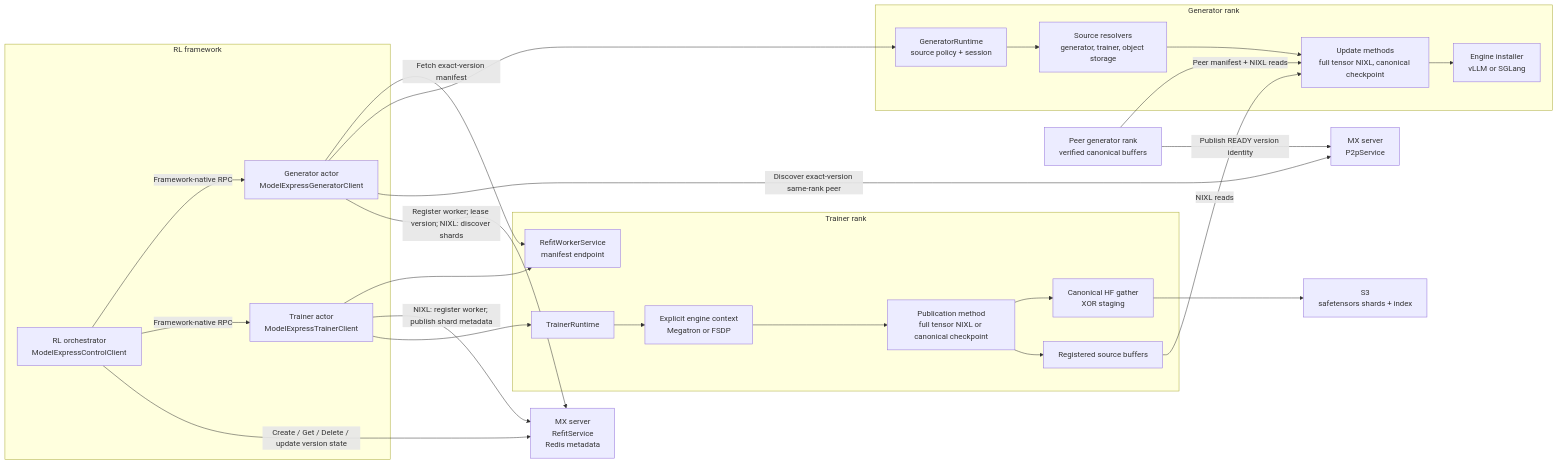
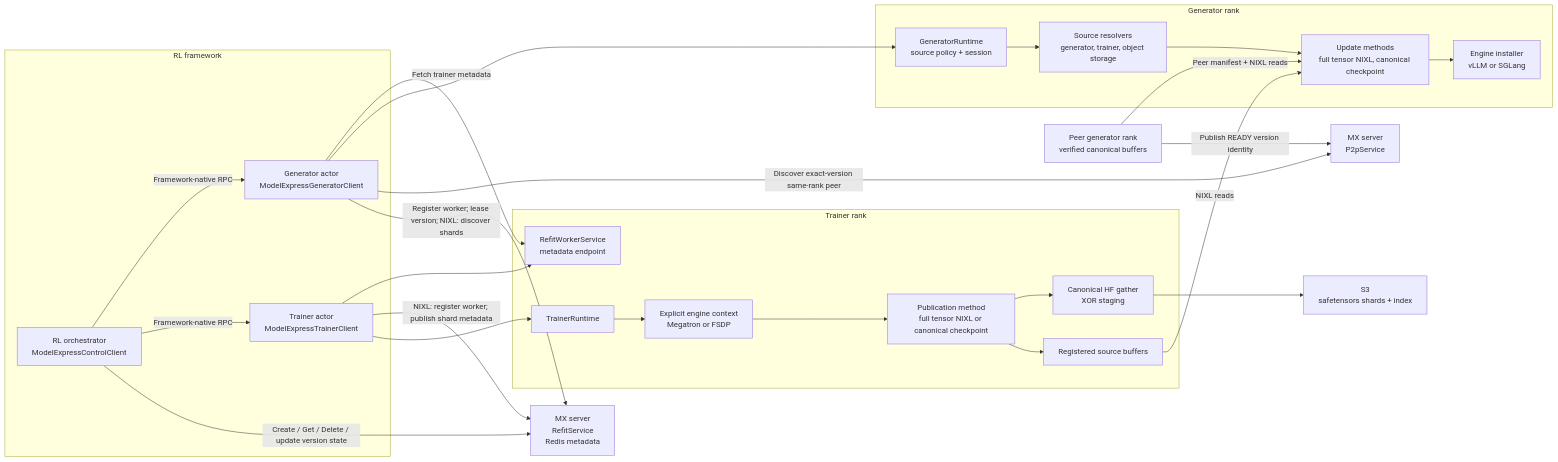
One commit to ai-dynamo/modelexpress changed the second of 5 diagrams in docs/ARCHITECTURE.md. Above: the diagram before and after it, drawn with Mermaid. The commit also changed other lines of this file and 46 other files, not shown here.

Commit message:
perf(refit): reuse logical plans across trainer replicas

````diff
--- a/docs/ARCHITECTURE.md
+++ b/docs/ARCHITECTURE.md
@@ -514,47 +514,47 @@
 ```mermaid
 flowchart LR
     subgraph Framework["RL framework"]
         O["RL orchestrator<br/>ModelExpressControlClient"]
         T["Trainer actor<br/>ModelExpressTrainerClient"]
         G["Generator actor<br/>ModelExpressGeneratorClient"]
     end
 
     S["MX server<br/>RefitService<br/>Redis metadata"]
     P["MX server<br/>P2pService"]
 
     subgraph Trainer["Trainer rank"]
         TR["TrainerRuntime"]
         TA["Explicit engine context<br/>Megatron or FSDP"]
         PM["Publication method<br/>full tensor NIXL or canonical checkpoint"]
         B["Registered source buffers"]
-        M["RefitWorkerService<br/>manifest endpoint"]
+        M["RefitWorkerService<br/>metadata endpoint"]
         C["Canonical HF gather<br/>XOR staging"]
     end
 
     D["S3<br/>safetensors shards + index"]
 
     subgraph Generator["Generator rank"]
         GR["GeneratorRuntime<br/>source policy + session"]
         SR["Source resolvers<br/>generator, trainer, object storage"]
         UM["Update methods<br/>full tensor NIXL, canonical checkpoint"]
         I["Engine installer<br/>vLLM or SGLang"]
     end
 
     PG["Peer generator rank<br/>verified canonical buffers"]
 
     O -->|"Create / Get / Delete / update version state"| S
     O -->|"Framework-native RPC"| T
     O -->|"Framework-native RPC"| G
     T --> TR --> TA --> PM
     PM --> B
     PM --> C --> D
     T -->|"NIXL: register worker; publish shard metadata"| S
     T --> M
     G -->|"Register worker; lease version; NIXL: discover shards"| S
     G -->|"Discover exact-version same-rank peer"| P
     G --> GR --> SR --> UM --> I
-    G -->|"Fetch exact-version manifest"| M
+    G -->|"Fetch trainer metadata"| M
     B -->|"NIXL reads"| UM
     PG -->|"Publish READY version identity"| P
     PG -->|"Peer manifest + NIXL reads"| UM
 ```
````
